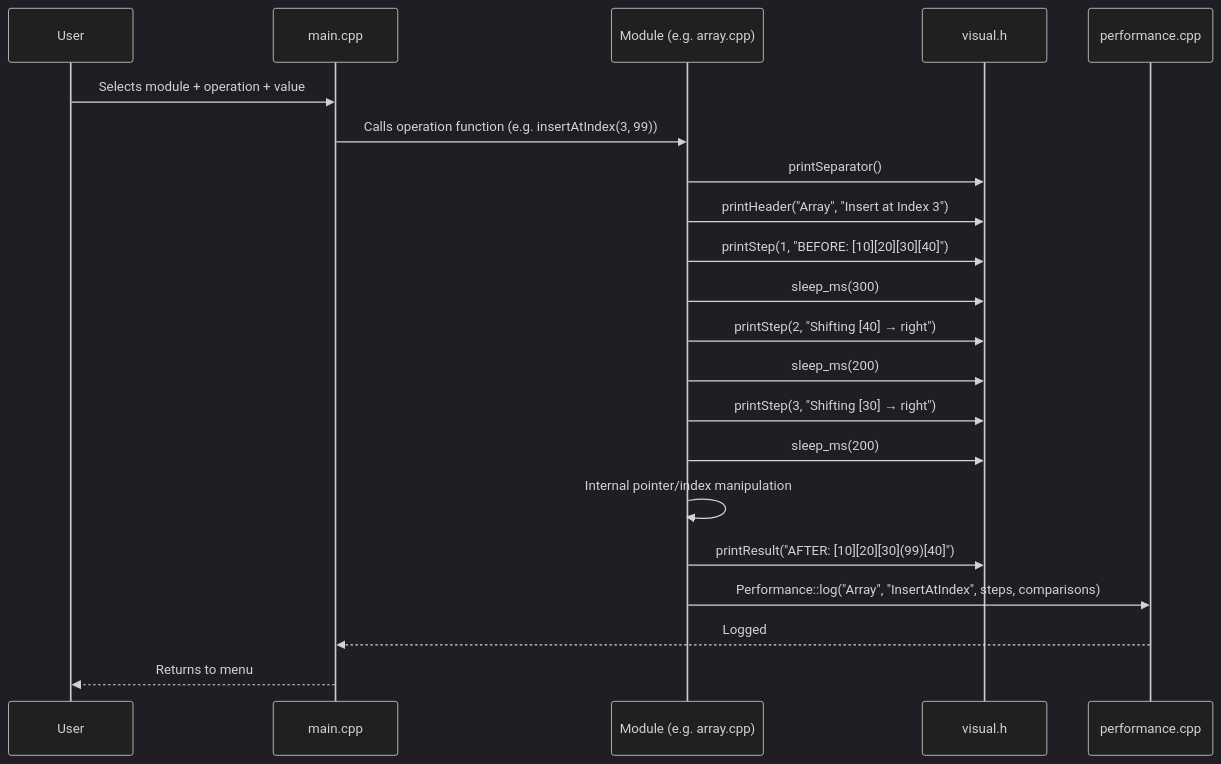
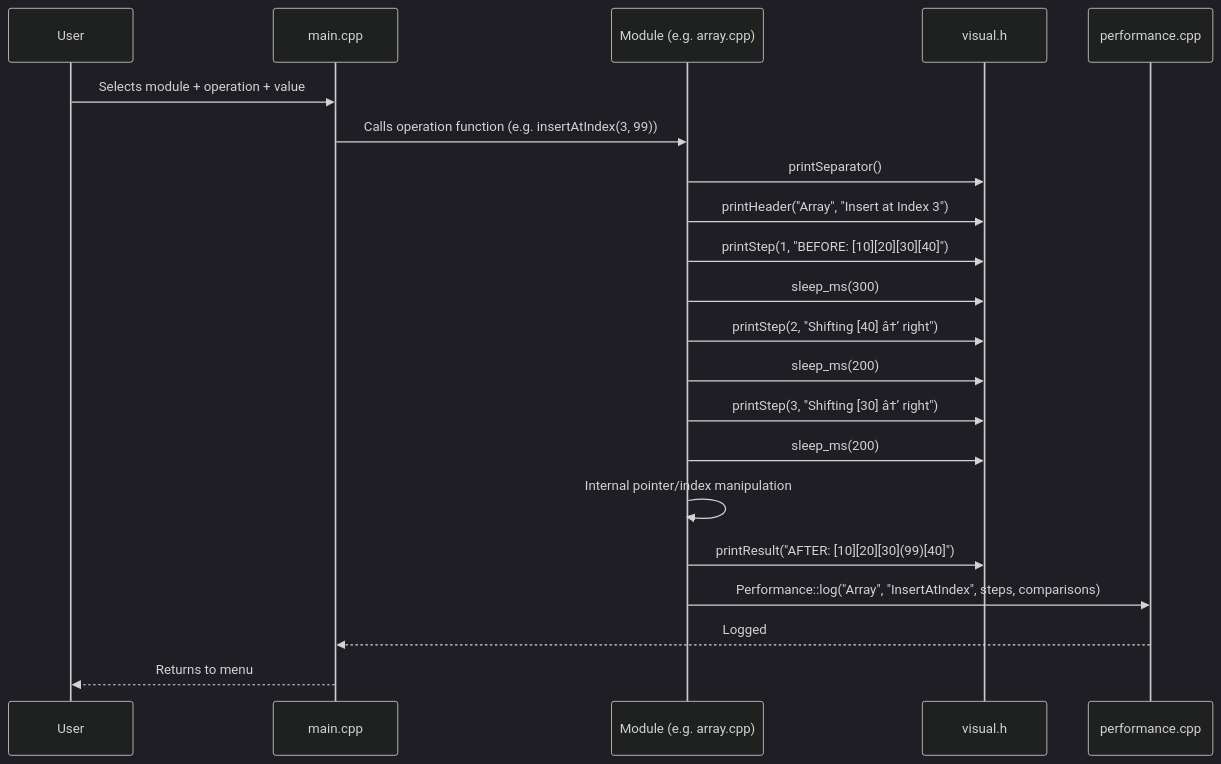
One commit to AkifNaveed12/complete-data-structures-implementation-analysis-system changed the fifth of 9 diagrams in docs/diagrams/architecture.md. Above: the diagram before and after it, drawn with Mermaid (dark theme). The commit also changed other lines of this file and 2 other files, not shown here.

````diff
--- a/docs/diagrams/architecture.md
+++ b/docs/diagrams/architecture.md
@@ -197,24 +197,24 @@
 ```mermaid
 sequenceDiagram
     participant USER as User
     participant MAIN as main.cpp
     participant MOD as Module (e.g. array.cpp)
     participant VIS as visual.h
     participant PERF as performance.cpp
 
     USER->>MAIN: Selects module + operation + value
     MAIN->>MOD: Calls operation function (e.g. insertAtIndex(3, 99))
     MOD->>VIS: printSeparator()
     MOD->>VIS: printHeader("Array", "Insert at Index 3")
     MOD->>VIS: printStep(1, "BEFORE: [10][20][30][40]")
     MOD->>VIS: sleep_ms(300)
-    MOD->>VIS: printStep(2, "Shifting [40] → right")
+    MOD->>VIS: printStep(2, "Shifting [40] â†’ right")
     MOD->>VIS: sleep_ms(200)
-    MOD->>VIS: printStep(3, "Shifting [30] → right")
+    MOD->>VIS: printStep(3, "Shifting [30] â†’ right")
     MOD->>VIS: sleep_ms(200)
     MOD->>MOD: Internal pointer/index manipulation
     MOD->>VIS: printResult("AFTER: [10][20][30](99)[40]")
     MOD->>PERF: Performance::log("Array", "InsertAtIndex", steps, comparisons)
     PERF-->>MAIN: Logged
     MAIN-->>USER: Returns to menu
 ```
````
